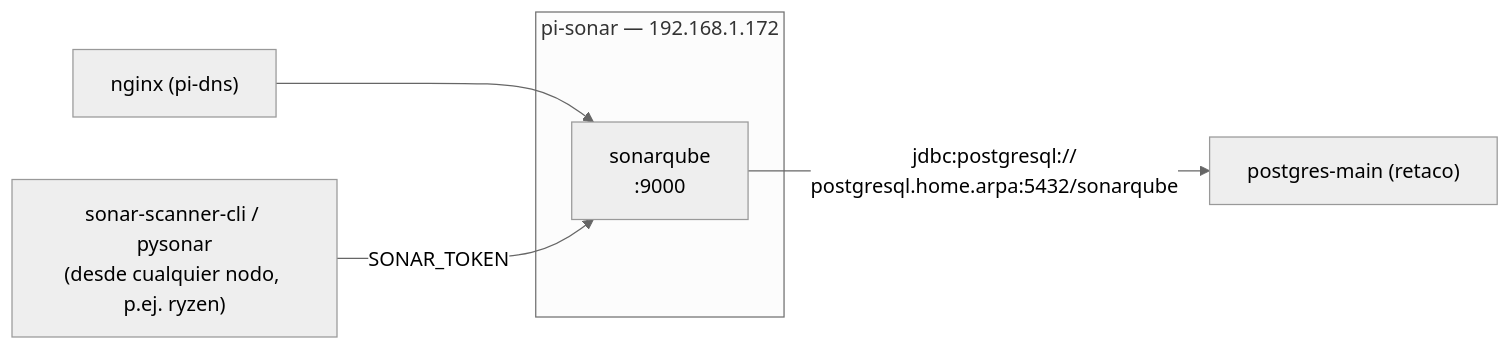
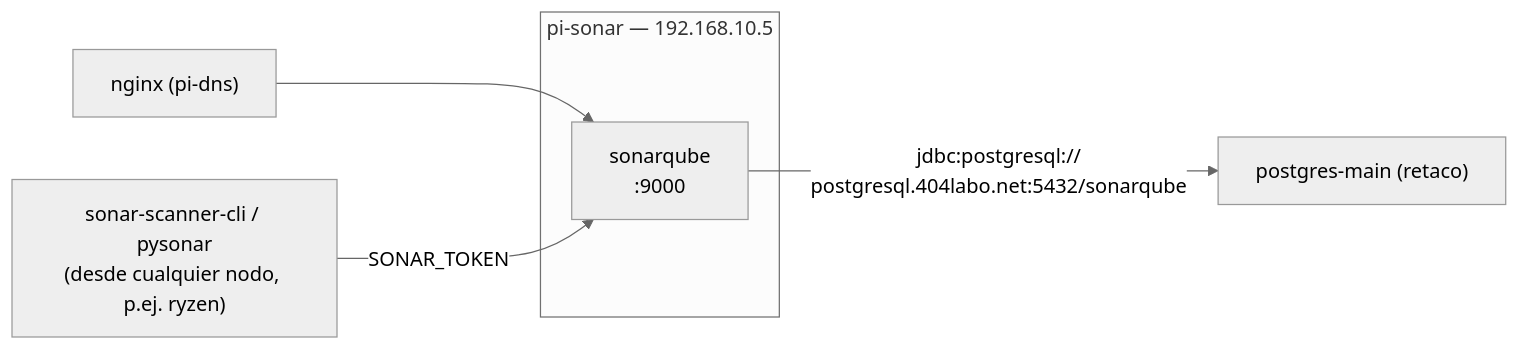
Before and after one commit to impalah/homelab-cluster: the diagram in docs/09-instalacion-pi3-sonarqube.md, drawn with Mermaid (neutral theme). The commit also changed other lines of this file and 41 other files, not shown here.

````diff
--- a/docs/09-instalacion-pi3-sonarqube.md
+++ b/docs/09-instalacion-pi3-sonarqube.md
@@ -15,9 +17,9 @@
 ```mermaid
 flowchart LR
-    subgraph pisonar["pi-sonar — 192.168.1.172"]
+    subgraph pisonar["pi-sonar — 192.168.10.5"]
         SQ["sonarqube\n:9000"]
     end
-    SQ -->|"jdbc:postgresql://\npostgresql.home.arpa:5432/sonarqube"| PG["postgres-main (retaco)"]
+    SQ -->|"jdbc:postgresql://\npostgresql.404labo.net:5432/sonarqube"| PG["postgres-main (retaco)"]
     Nginx["nginx (pi-dns)"] --> SQ
     Scanner["sonar-scanner-cli / pysonar\n(desde cualquier nodo, p.ej. ryzen)"] -->|SONAR_TOKEN| SQ
 ```
````
